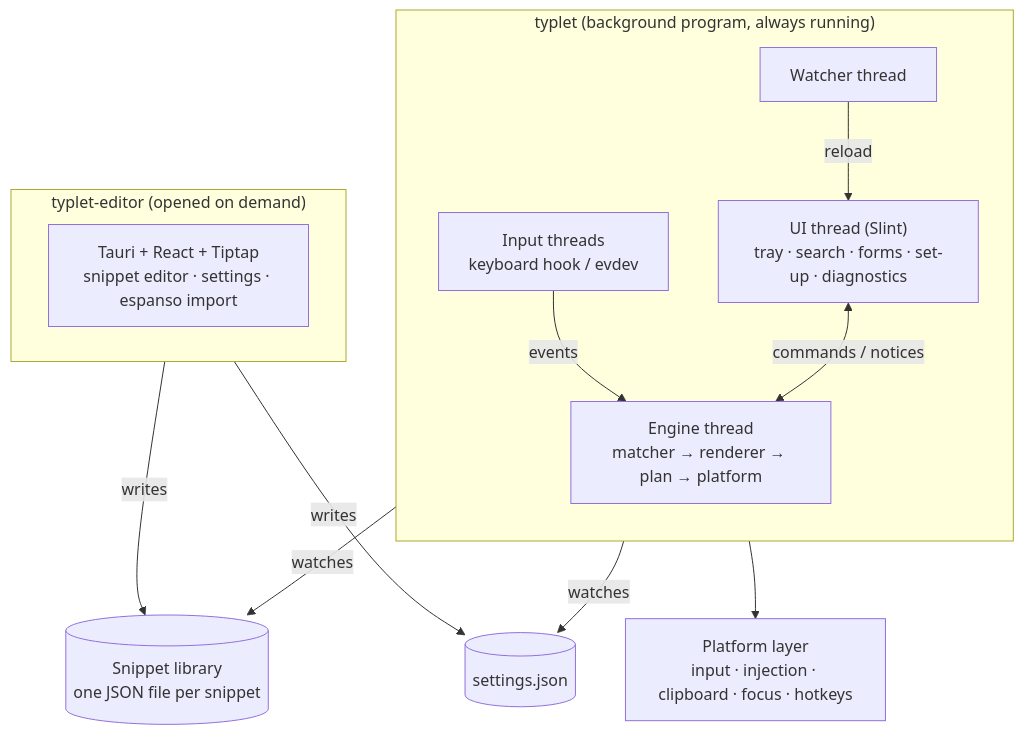
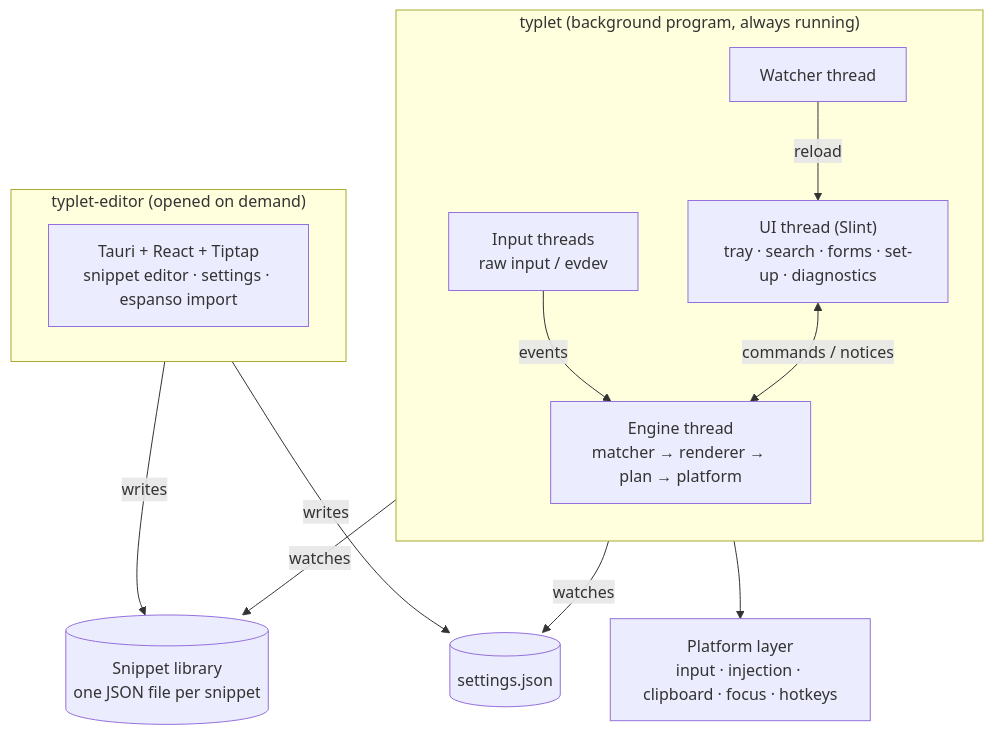
One commit to typlet-app/typlet changed the first of 3 diagrams in docs/architecture.md. Above: the diagram before and after it, drawn with Mermaid. The commit also changed other lines of this file and 23 other files, not shown here.

Commit message:
feat(windows): read the keyboard with Raw Input (#8)

````diff
--- a/docs/architecture.md
+++ b/docs/architecture.md
@@ -16,19 +16,19 @@
 ```mermaid
 flowchart TB
     subgraph BG["typlet (background program, always running)"]
         direction TB
-        H["Input threads<br/>keyboard hook / evdev"] -->|events| E["Engine thread<br/>matcher → renderer → plan → platform"]
+        H["Input threads<br/>raw input / evdev"] -->|events| E["Engine thread<br/>matcher → renderer → plan → platform"]
         UI["UI thread (Slint)<br/>tray · search · forms · set-up · diagnostics"] <-->|commands / notices| E
         W["Watcher thread"] -->|reload| UI
     end
     subgraph ED["typlet-editor (opened on demand)"]
         T["Tauri + React + Tiptap<br/>snippet editor · settings · espanso import"]
     end
     L[("Snippet library<br/>one JSON file per snippet")]
     S[("settings.json")]
     E --> P["Platform layer<br/>input · injection · clipboard · focus · hotkeys"]
     W -->|watches| L
     W -->|watches| S
     ED -->|writes| L
     ED -->|writes| S
 ```
````
